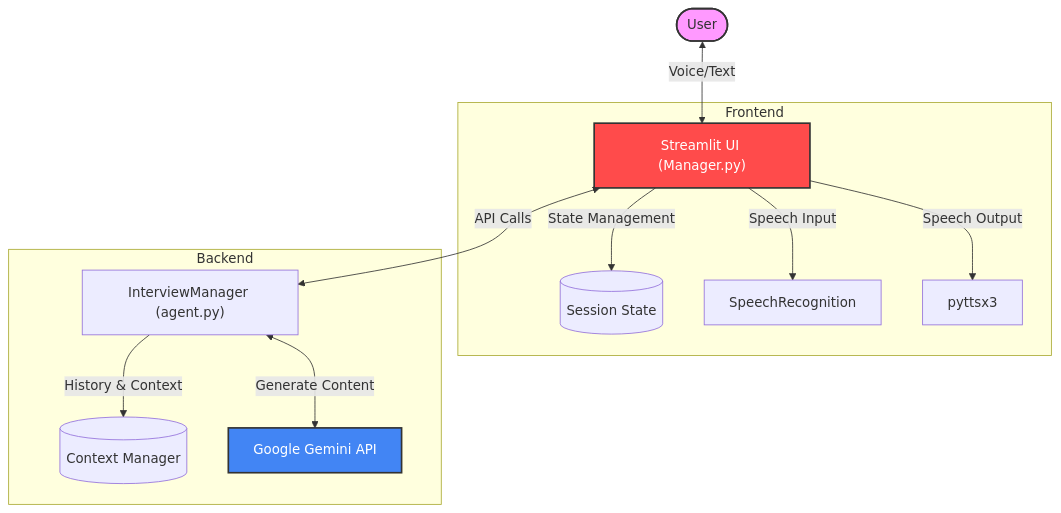
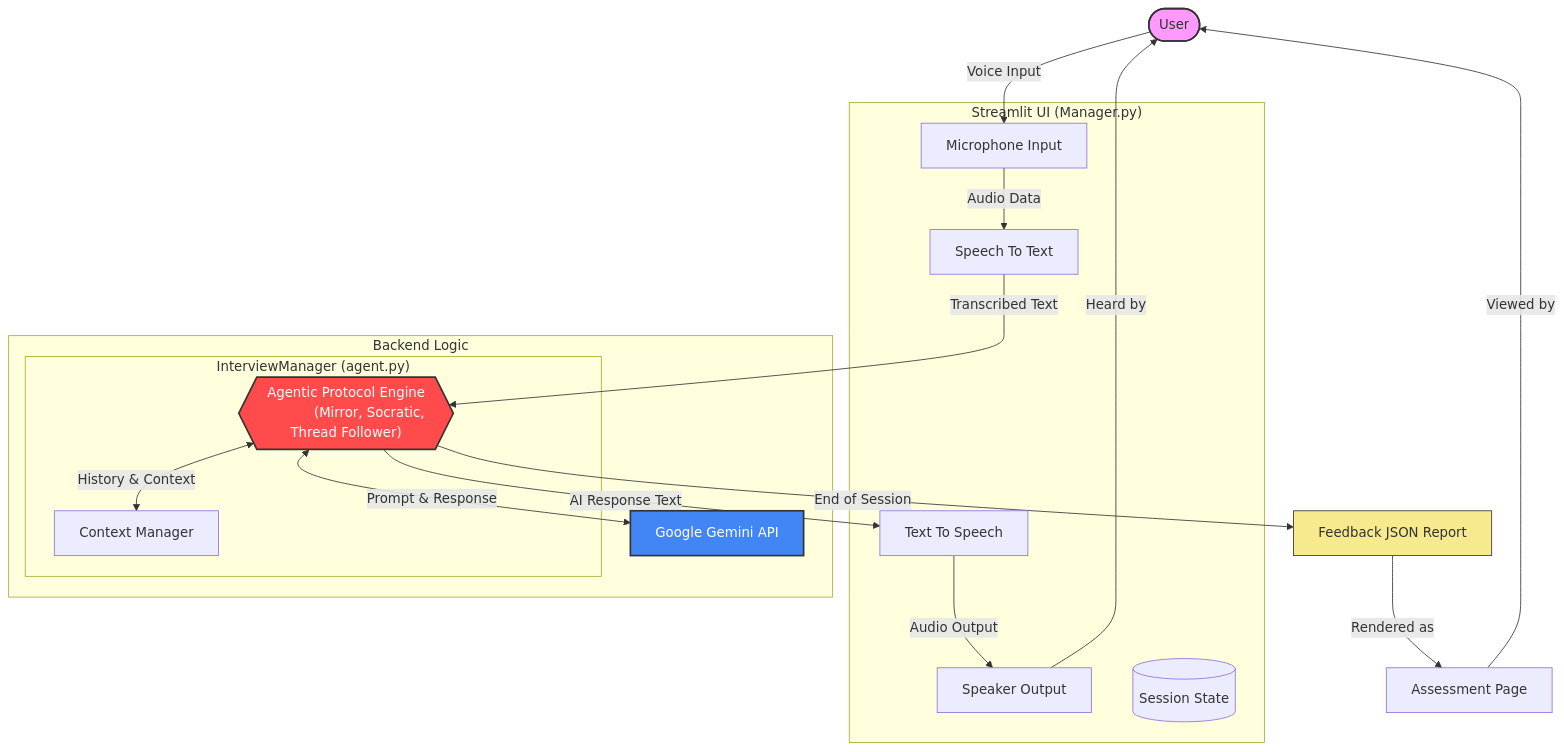
Before and after one commit to Vaibhdev/mock-intervi: the diagram in README.md, drawn with Mermaid. The commit also changed other lines of this file and 1 other file, not shown here.

Commit message:
Adding more detailed architecture and testing scenarios

````diff
--- a/README.md
+++ b/README.md
@@ -9,20 +9,49 @@
 ```mermaid
 graph TD
-    User([User]) <-->|Voice/Text| UI["Streamlit UI (Manager.py)"]
+    %% Nodes
+    User([User])
     
-    subgraph Frontend
-        UI -->|State Management| State[(Session State)]
-        UI -->|Speech Input| STT[SpeechRecognition]
-        UI -->|Speech Output| TTS[pyttsx3]
+    subgraph Frontend ["Streamlit UI (Manager.py)"]
+        UI_Input[Microphone Input]
+        UI_Output[Speaker Output]
+        STT[Speech To Text]
+        TTS[Text To Speech]
+        State[(Session State)]
     end
     
-    subgraph Backend
-        UI <-->|API Calls| Agent["InterviewManager (agent.py)"]
-        Agent -->|History & Context| Context[("Context Manager")]
-        Agent <-->|Generate Content| Gemini[Google Gemini API]
+    subgraph Backend ["Backend Logic"]
+        subgraph AgentLayer ["InterviewManager (agent.py)"]
+            ProtocolEngine{{"Agentic Protocol Engine
+            (Mirror, Socratic, Thread Follower)"}}
+            ContextMgr[Context Manager]
+        end
+        
+        Gemini[Google Gemini API]
     end
     
+    Report[Feedback JSON Report]
+    FinalUI[Assessment Page]
+
+    %% Flows
+    User -->|Voice Input| UI_Input
+    UI_Input -->|Audio Data| STT
+    STT -->|Transcribed Text| ProtocolEngine
+    
+    ProtocolEngine <-->|History & Context| ContextMgr
+    ProtocolEngine <-->|Prompt & Response| Gemini
+    
+    ProtocolEngine -->|AI Response Text| TTS
+    TTS -->|Audio Output| UI_Output
+    UI_Output -->|Heard by| User
+    
+    %% Feedback Flow
+    ProtocolEngine -- "End of Session" --> Report
+    Report -->|Rendered as| FinalUI
+    FinalUI -->|Viewed by| User
+
+    %% Styling
     style User fill:#f9f,stroke:#333,stroke-width:2px
     style Gemini fill:#4285F4,stroke:#333,stroke-width:2px,color:white
-    style UI fill:#FF4B4B,stroke:#333,stroke-width:2px,color:white
+    style ProtocolEngine fill:#FF4B4B,stroke:#333,stroke-width:2px,color:white
+    style Report fill:#F7E98E,stroke:#333,stroke-width:1px
 ```
````
